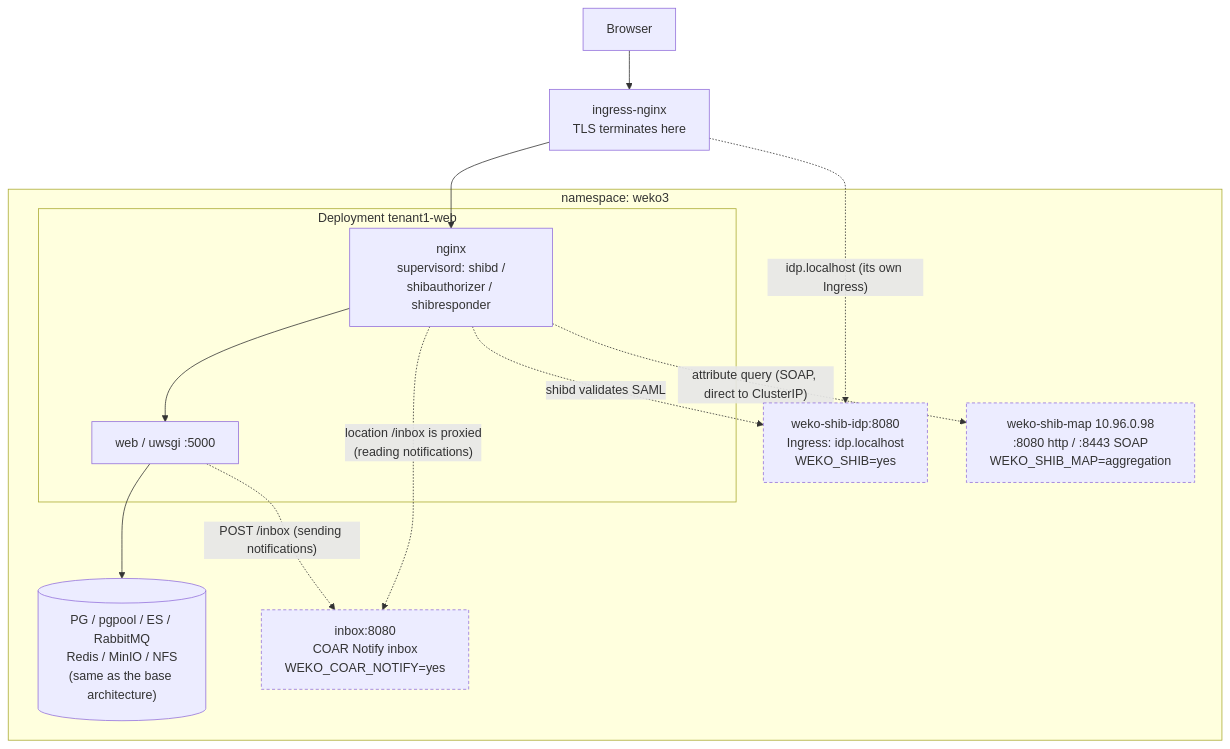
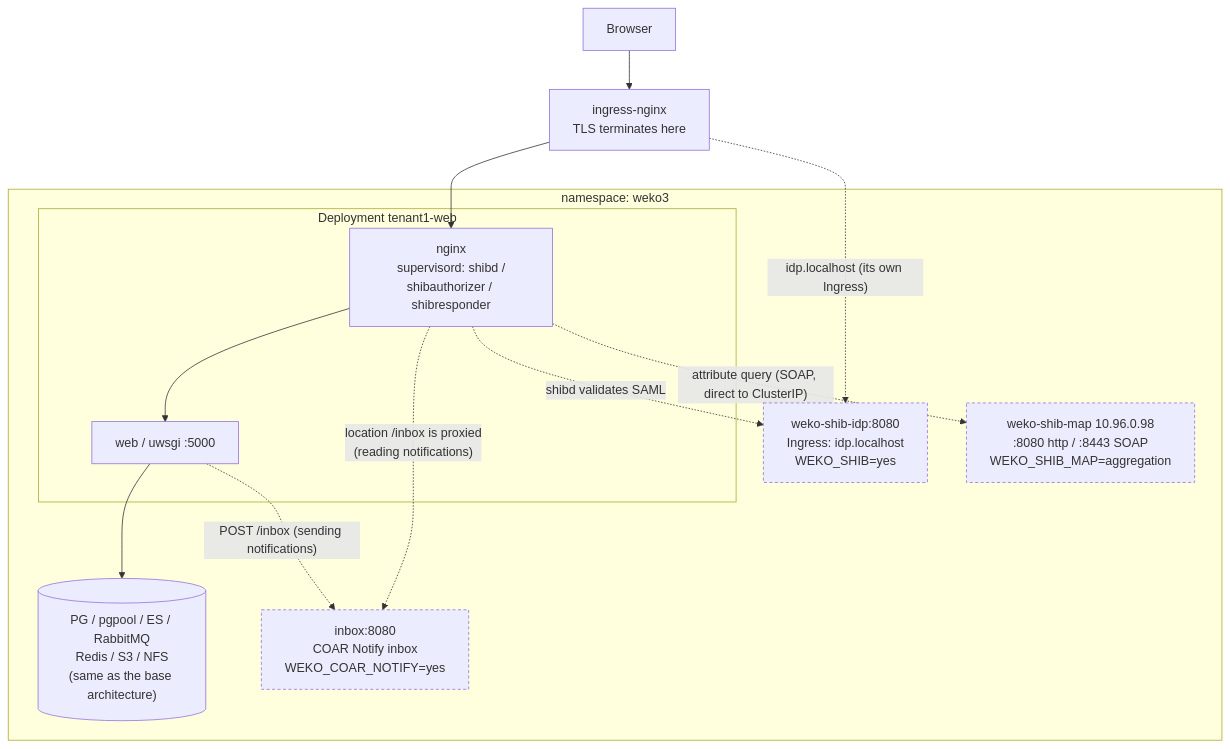
Before and after one commit to RCOSDP/weko-workshop: the second of 4 diagrams in weko-k8s-sample/k8s-weko/README-arm64.en.md, drawn with Mermaid. The commit also changed other lines of this file and 44 other files, not shown here.

````diff
--- a/weko-k8s-sample/k8s-weko/README-arm64.en.md
+++ b/weko-k8s-sample/k8s-weko/README-arm64.en.md
@@ -419,26 +452,26 @@
 ```mermaid
 flowchart TB
   browser["Browser"]
   ing["ingress-nginx<br/>TLS terminates here"]
 
   subgraph weko3["namespace: weko3"]
     subgraph pod["Deployment tenant1-web"]
       nginx["nginx<br/>supervisord: shibd /<br/>shibauthorizer / shibresponder"]
       web["web / uwsgi :5000"]
     end
-    base[("PG / pgpool / ES / RabbitMQ<br/>Redis / MinIO / NFS<br/>(same as the base architecture)")]
+    base[("PG / pgpool / ES / RabbitMQ<br/>Redis / S3 / NFS<br/>(same as the base architecture)")]
     idp["weko-shib-idp:8080<br/>Ingress: idp.localhost<br/>WEKO_SHIB=yes"]
     shibmap["weko-shib-map 10.96.0.98<br/>:8080 http / :8443 SOAP<br/>WEKO_SHIB_MAP=aggregation"]
     inbox["inbox:8080<br/>COAR Notify inbox<br/>WEKO_COAR_NOTIFY=yes"]
   end
 
   browser --> ing --> nginx --> web --> base
   ing -.->|"idp.localhost (its own Ingress)"| idp
   nginx -.->|"shibd validates SAML"| idp
   nginx -.->|"attribute query (SOAP, direct to ClusterIP)"| shibmap
   nginx -.->|"location /inbox is proxied<br/>(reading notifications)"| inbox
   web -.->|"POST /inbox (sending notifications)"| inbox
 
   classDef opt stroke-dasharray:4 3
   class idp,shibmap,inbox opt
 ```
````
